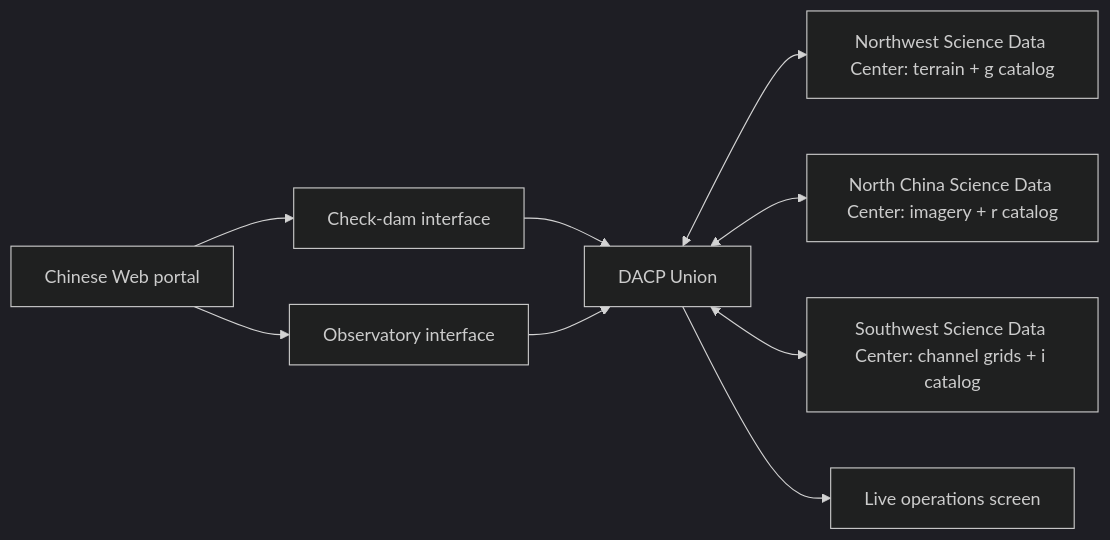
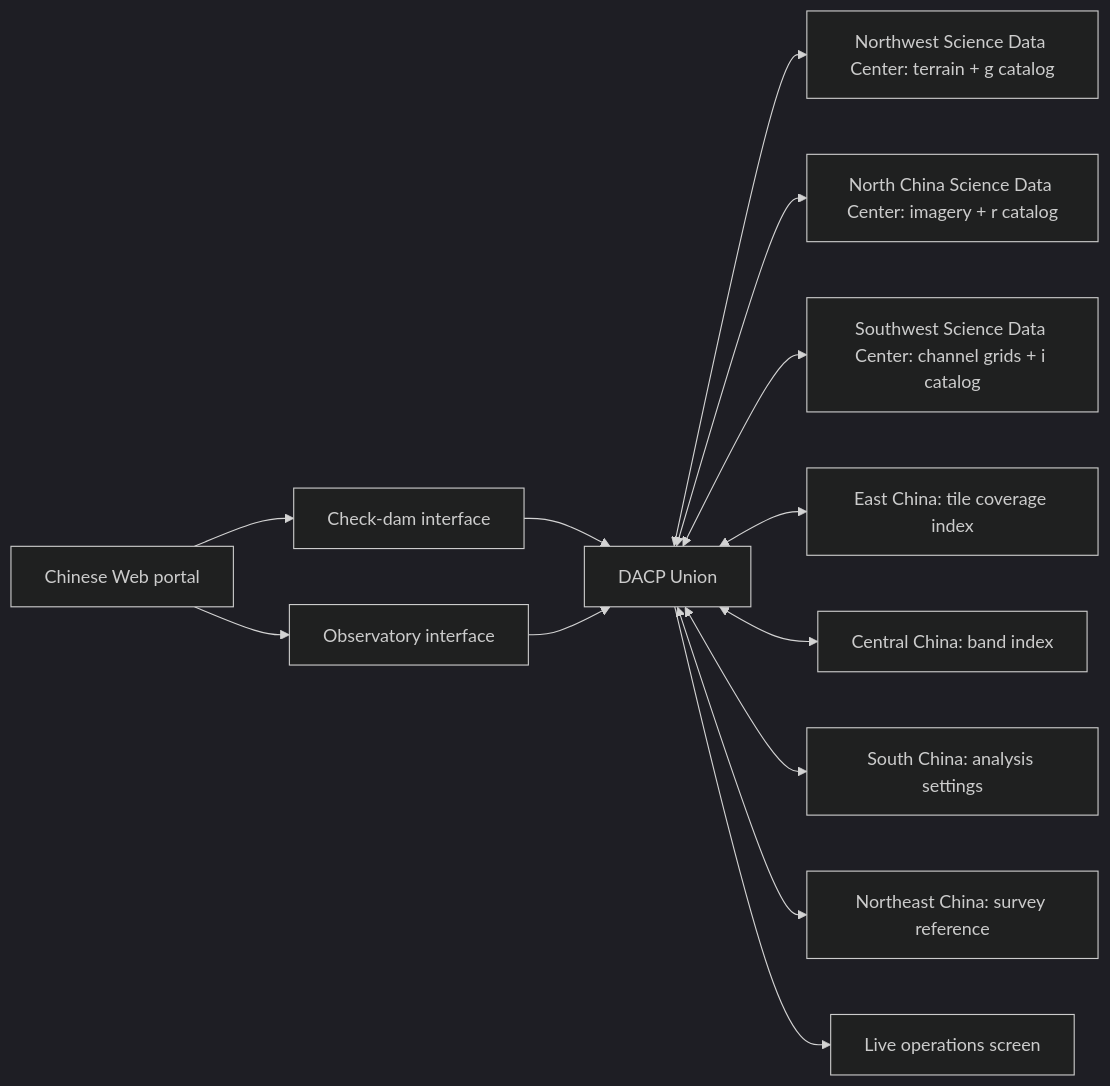
One commit to rdcn-link/conet changed the diagram in README.md. Above: the diagram before and after it, drawn with Mermaid (dark theme). The commit also changed other lines of this file and 18 other files, not shown here.

````diff
--- a/README.md
+++ b/README.md
@@ -13,11 +13,15 @@
 ```mermaid
 flowchart LR
     Visitor[Chinese Web portal] --> Dam[Check-dam interface]
     Visitor --> Astro[Observatory interface]
     Dam --> U[DACP Union]
     Astro --> U
     U <--> A[Northwest Science Data Center: terrain + g catalog]
     U <--> B[North China Science Data Center: imagery + r catalog]
     U <--> C[Southwest Science Data Center: channel grids + i catalog]
+    U <--> D[East China: tile coverage index]
+    U <--> E[Central China: band index]
+    U <--> F[South China: analysis settings]
+    U <--> G[Northeast China: survey reference]
     U --> Screen[Live operations screen]
 ```
````
